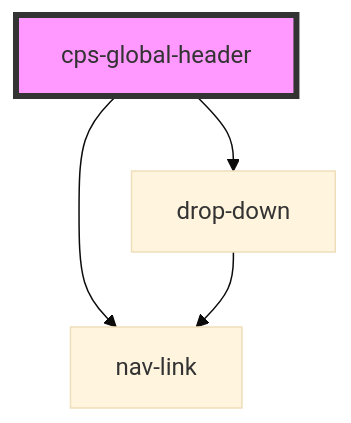
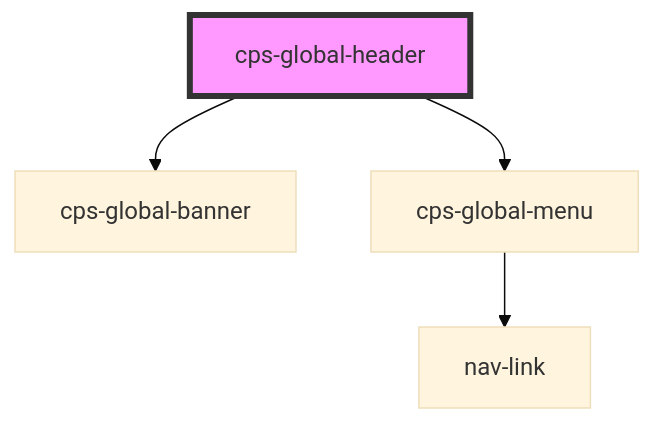
The diagram in packages/cps-global-components/src/components/cps-global-header/readme.md (CPS-Innovation/global-components), drawn with Mermaid (base theme) before and after one commit. The commit also changed other lines of this file and 95 other files, not shown here.

````diff
--- a/packages/cps-global-components/src/components/cps-global-header/readme.md
+++ b/packages/cps-global-components/src/components/cps-global-header/readme.md
@@ -21,7 +16,7 @@
 ```mermaid
 graph TD;
-  cps-global-header --> nav-link
-  cps-global-header --> drop-down
-  drop-down --> nav-link
+  cps-global-header --> cps-global-banner
+  cps-global-header --> cps-global-menu
+  cps-global-menu --> nav-link
   style cps-global-header fill:#f9f,stroke:#333,stroke-width:4px
 ```
````
